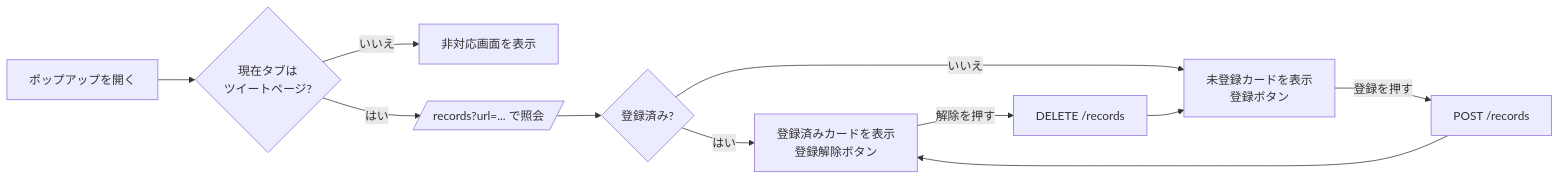
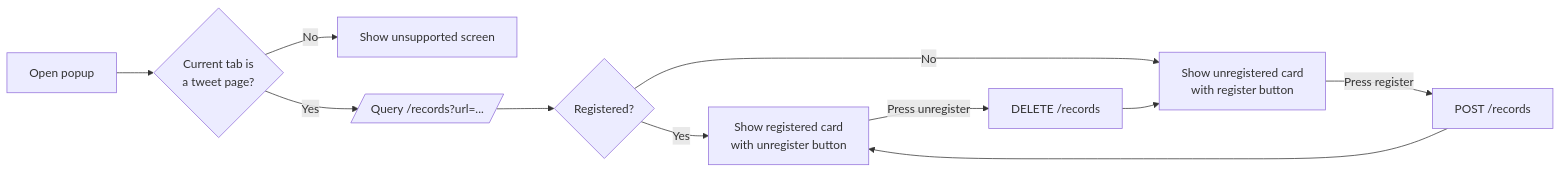
One commit to ohatwikeeper/ohatwikeeper-extension changed the first of 2 diagrams in README.md. Above: the diagram before and after it, drawn with Mermaid. The commit also changed other lines of this file and 3 other files, not shown here.

````diff
--- a/README.md
+++ b/README.md
@@ -103,13 +107,13 @@
 ```mermaid
 flowchart LR
-    A[ポップアップを開く] --> B{現在タブは<br/>ツイートページ?}
-    B -- いいえ --> C[非対応画面を表示]
-    B -- はい --> D[/records?url=... で照会/]
-    D --> E{登録済み?}
-    E -- はい --> F[登録済みカードを表示<br/>登録解除ボタン]
-    E -- いいえ --> G[未登録カードを表示<br/>登録ボタン]
-    F -- 解除を押す --> H[DELETE /records]
-    G -- 登録を押す --> I[POST /records]
+    A[Open popup] --> B{Current tab is<br/>a tweet page?}
+    B -- No --> C[Show unsupported screen]
+    B -- Yes --> D[/Query /records?url=.../]
+    D --> E{Registered?}
+    E -- Yes --> F[Show registered card<br/>with unregister button]
+    E -- No --> G[Show unregistered card<br/>with register button]
+    F -- Press unregister --> H[DELETE /records]
+    G -- Press register --> I[POST /records]
     H --> G
     I --> F
 ```
````
